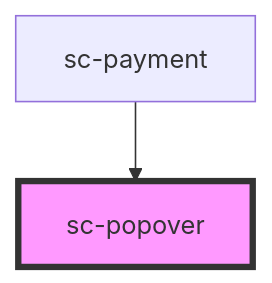
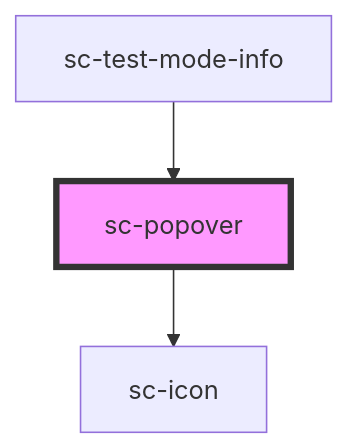
The diagram in packages/components/src/components/ui/popover/readme.md (surecart/surecart-wp-plugin), drawn with Mermaid before and after one commit. The commit also changed other lines of this file and 6 other files, not shown here.

````diff
--- a/packages/components/src/components/ui/popover/readme.md
+++ b/packages/components/src/components/ui/popover/readme.md
@@ -46,5 +50,6 @@
 ```mermaid
 graph TD;
-  sc-payment --> sc-popover
+  sc-popover --> sc-icon
+  sc-test-mode-info --> sc-popover
   style sc-popover fill:#f9f,stroke:#333,stroke-width:4px
 ```
````
